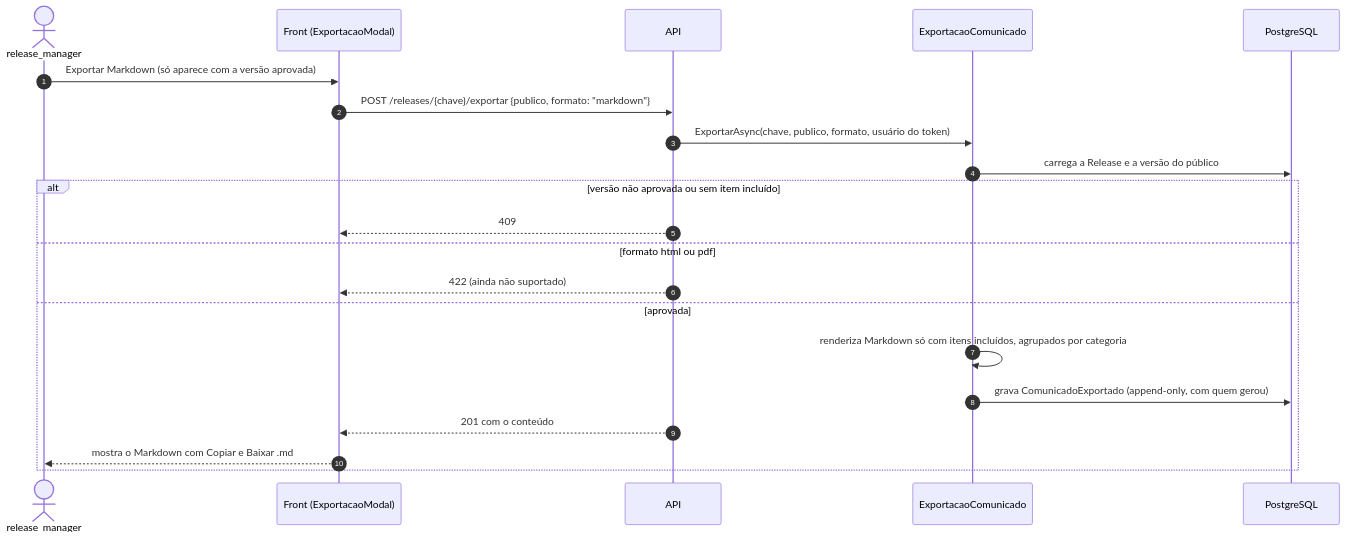
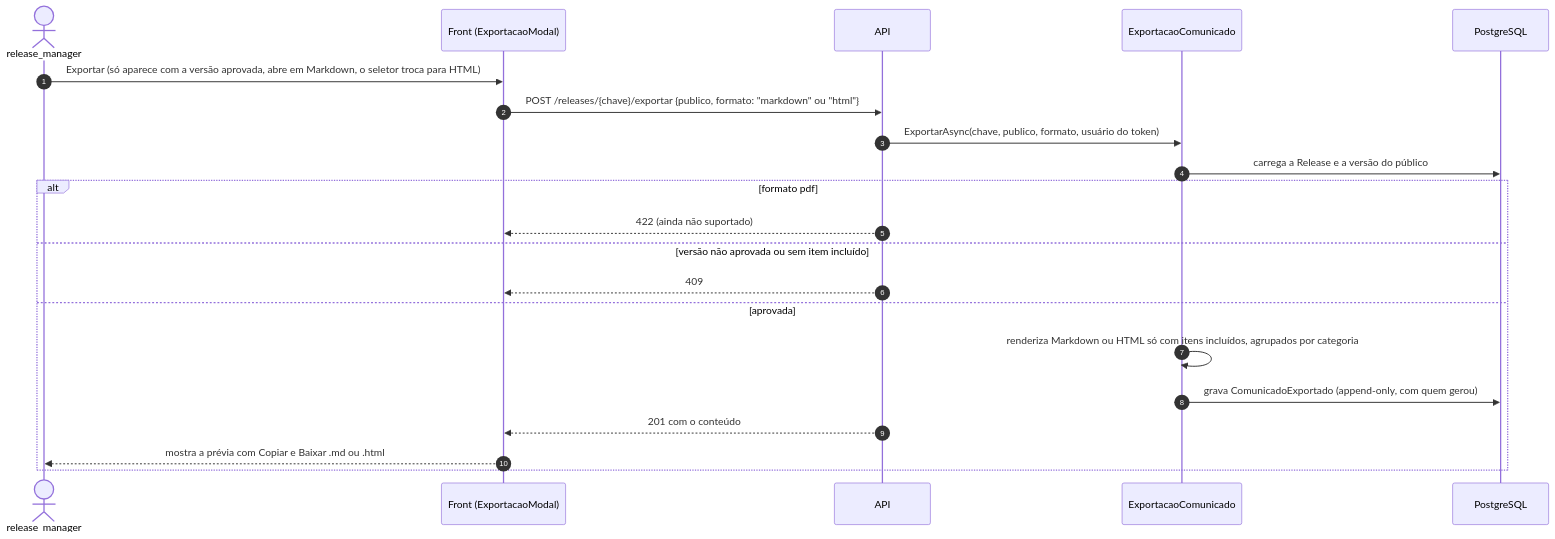
Before and after one commit to Douglas-dev404/squad78-invoisys: the fourth of 6 diagrams in docs/documentacao-funcional.md, drawn with Mermaid. The commit also changed other lines of this file and 1 other file, not shown here.

````diff
--- a/docs/documentacao-funcional.md
+++ b/docs/documentacao-funcional.md
@@ -299,24 +299,24 @@
 ```mermaid
 sequenceDiagram
     autonumber
     actor U as release_manager
     participant F as Front (ExportacaoModal)
     participant A as API
     participant E as ExportacaoComunicado
     participant DB as PostgreSQL
 
-    U->>F: Exportar Markdown (só aparece com a versão aprovada)
-    F->>A: POST /releases/{chave}/exportar {publico, formato: "markdown"}
+    U->>F: Exportar (só aparece com a versão aprovada, abre em Markdown, o seletor troca para HTML)
+    F->>A: POST /releases/{chave}/exportar {publico, formato: "markdown" ou "html"}
     A->>E: ExportarAsync(chave, publico, formato, usuário do token)
     E->>DB: carrega a Release e a versão do público
-    alt versão não aprovada ou sem item incluído
+    alt formato pdf
+        A-->>F: 422 (ainda não suportado)
+    else versão não aprovada ou sem item incluído
         A-->>F: 409
-    else formato html ou pdf
-        A-->>F: 422 (ainda não suportado)
     else aprovada
-        E->>E: renderiza Markdown só com itens incluídos, agrupados por categoria
+        E->>E: renderiza Markdown ou HTML só com itens incluídos, agrupados por categoria
         E->>DB: grava ComunicadoExportado (append-only, com quem gerou)
         A-->>F: 201 com o conteúdo
-        F-->>U: mostra o Markdown com Copiar e Baixar .md
+        F-->>U: mostra a prévia com Copiar e Baixar .md ou .html
     end
 ```
````
